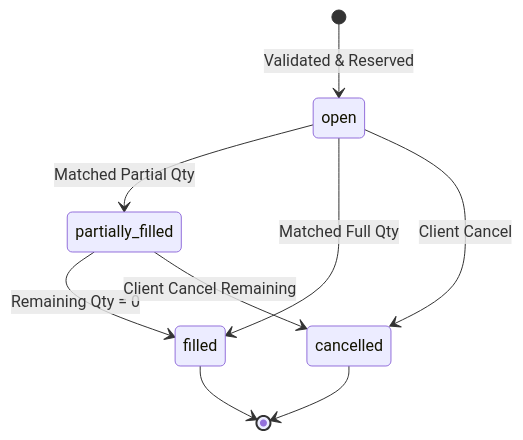
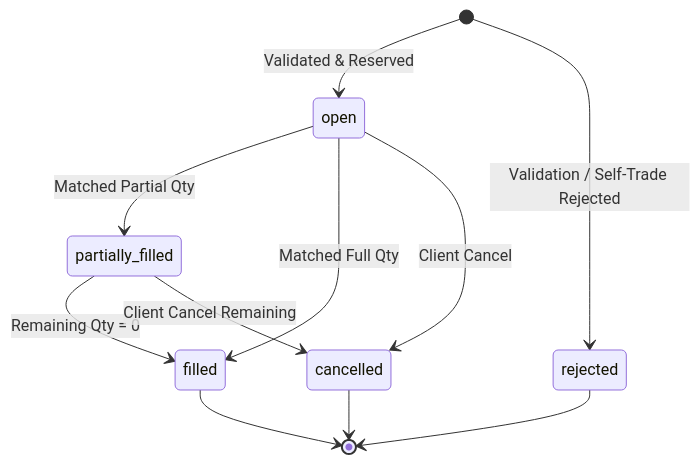
Before and after one commit to apuravmanhas/SQL-mini: the second of 2 diagrams in docs/DATA_MODEL.md, drawn with Mermaid. The commit also changed other lines of this file and 15 other files, not shown here.

````diff
--- a/docs/DATA_MODEL.md
+++ b/docs/DATA_MODEL.md
@@ -35,11 +35,13 @@
 ```mermaid
 stateDiagram-v2
     [*] --> open : Validated & Reserved
+    [*] --> rejected : Validation / Self-Trade Rejected
     open --> partially_filled : Matched Partial Qty
     partially_filled --> filled : Remaining Qty = 0
     open --> filled : Matched Full Qty
     open --> cancelled : Client Cancel
     partially_filled --> cancelled : Client Cancel Remaining
     filled --> [*]
     cancelled --> [*]
+    rejected --> [*]
 ```
````
